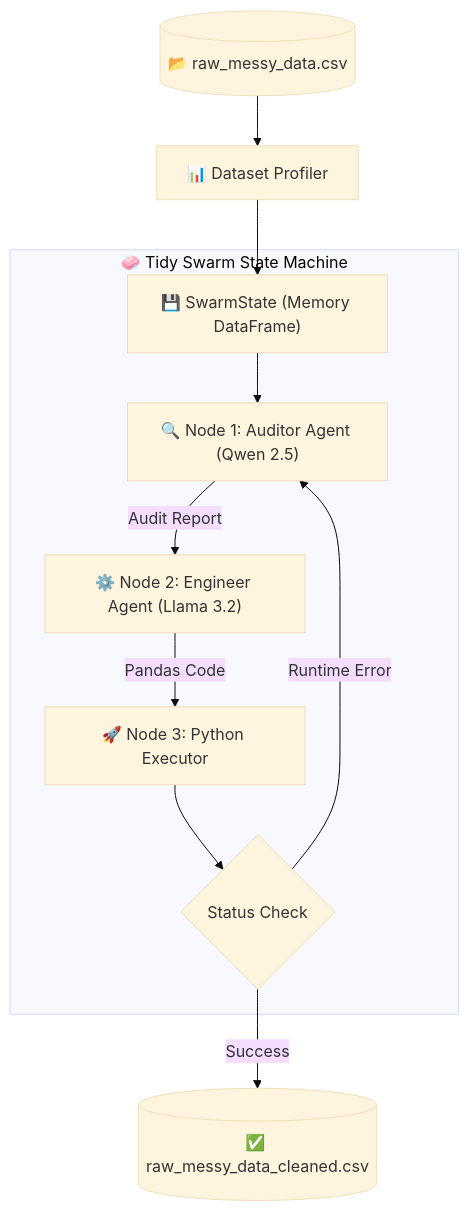
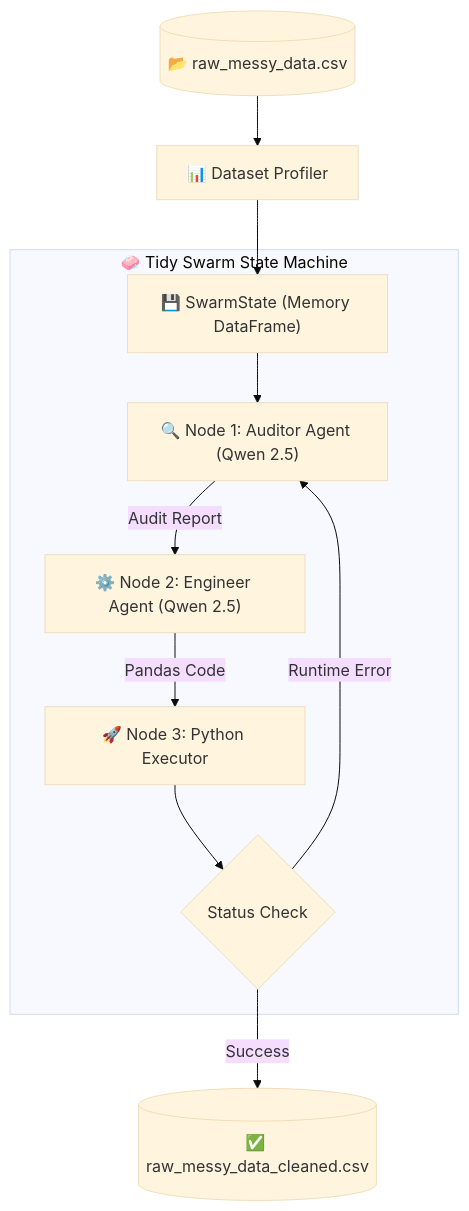
The diagram in README.md (varun872/tidyswarm), drawn with Mermaid (base theme) before and after one commit. The commit also changed other lines of this file and 17 other files, not shown here.

Commit message:
code: engineer model to qwen2.5:7b and added reducers to error_log

````diff
--- a/README.md
+++ b/README.md
@@ -11,15 +11,15 @@
 ```mermaid
 graph TD
     CSV[("📂 raw_messy_data.csv")] --> Profiler["📊 Dataset Profiler"]
     Profiler --> State["💾 SwarmState (Memory DataFrame)"]
 
     subgraph Swarm ["🧼 Tidy Swarm State Machine"]
         State --> Node1["🔍 Node 1: Auditor Agent (Qwen 2.5)"]
-        Node1 -->|"Audit Report"| Node2["⚙️ Node 2: Engineer Agent (Llama 3.2)"]
+        Node1 -->|"Audit Report"| Node2["⚙️ Node 2: Engineer Agent (Qwen 2.5)"]
         Node2 -->|"Pandas Code"| Node3["🚀 Node 3: Python Executor"]
         Node3 --> Router{"Status Check"}
     end
 
     Router -->|"Success"| Output[("✅ raw_messy_data_cleaned.csv")]
     Router -->|"Runtime Error"| Node1
 ```
````
